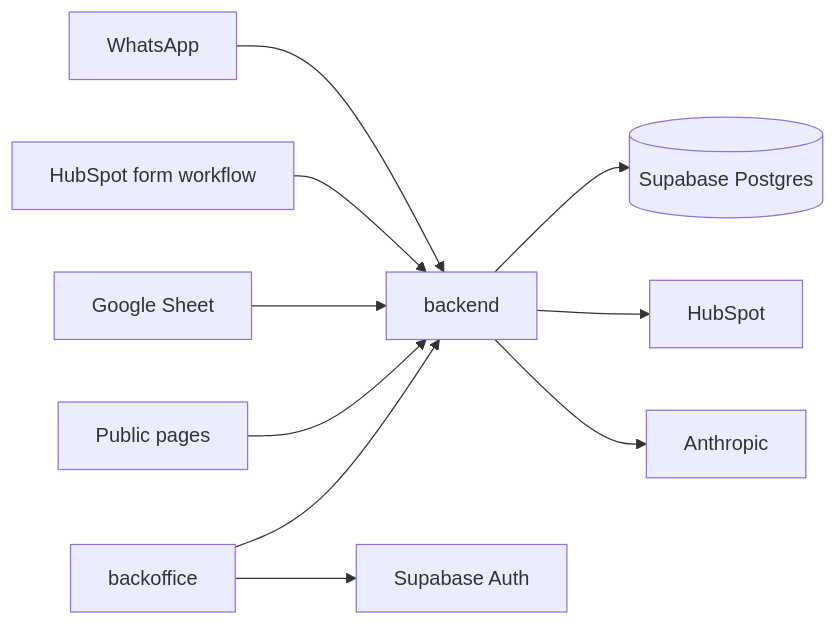
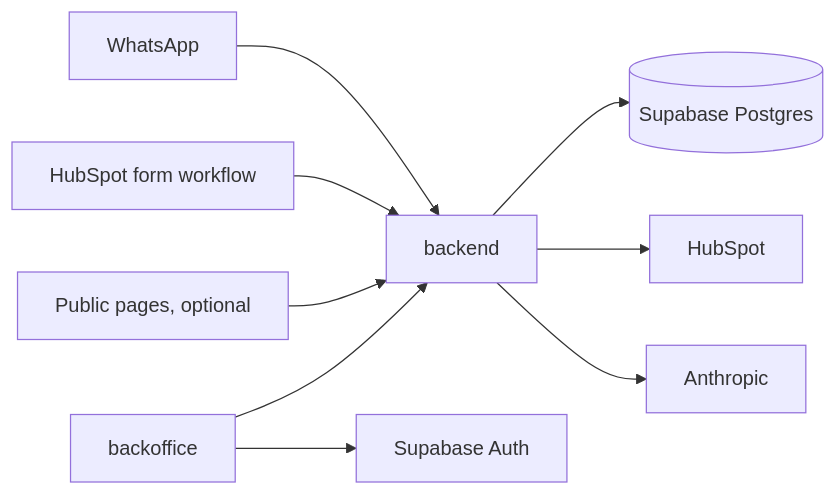
Before and after one commit to luisguareschi/leadscope: the first of 2 diagrams in docs/design.md, drawn with Mermaid. The commit also changed other lines of this file and 199 other files, not shown here.

````diff
--- a/docs/design.md
+++ b/docs/design.md
@@ -62,12 +68,11 @@
 ```mermaid
 flowchart LR
   wa[WhatsApp] --> api[backend]
   hsForm[HubSpot form workflow] --> api
-  sheet[Google Sheet] --> api
-  site[Public pages] --> api
+  site[Public pages, optional] --> api
   api --> db[(Supabase Postgres)]
   api --> hs[HubSpot]
   api --> llm[Anthropic]
   office[backoffice] --> api
   office --> auth[Supabase Auth]
 ```
````
